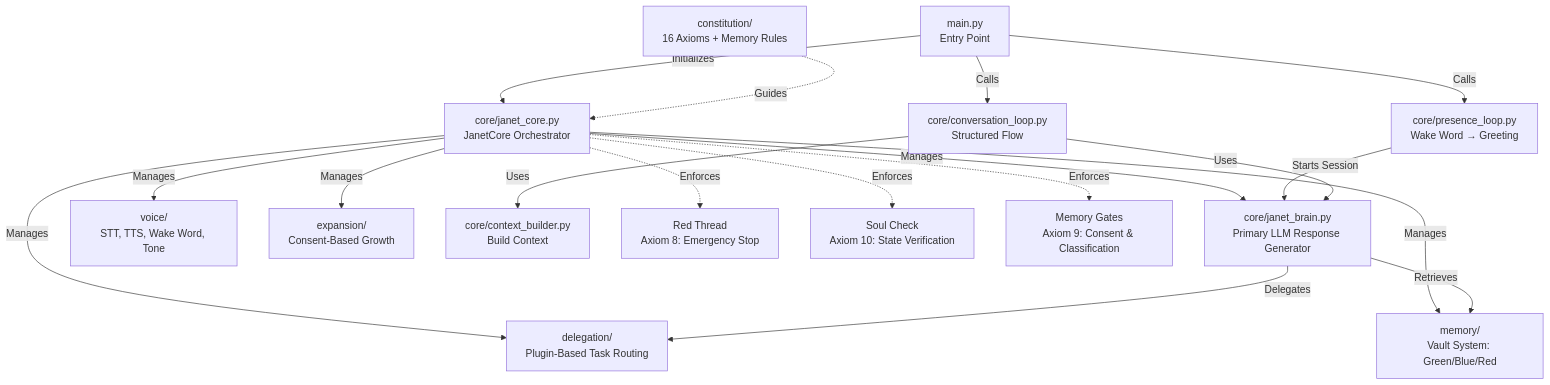
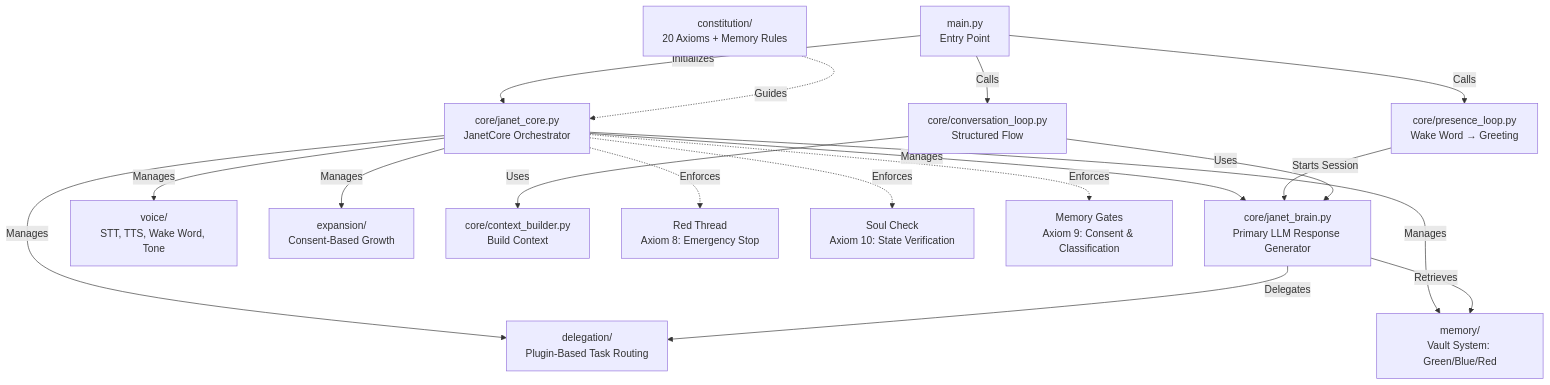
The first of 3 diagrams in README.md (MzxzD/Janet-seed), drawn with Mermaid before and after one commit. The commit also changed other lines of this file and 8 other files, not shown here.

````diff
--- a/README.md
+++ b/README.md
@@ -46,25 +46,25 @@
 ```mermaid
 flowchart TB
     Main[main.py<br/>Entry Point] -->|Initializes| Core[core/janet_core.py<br/>JanetCore Orchestrator]
     Main -->|Calls| Presence[core/presence_loop.py<br/>Wake Word → Greeting]
     Main -->|Calls| Conversation[core/conversation_loop.py<br/>Structured Flow]
     
     Core -->|Manages| JanetBrain[core/janet_brain.py<br/>Primary LLM Response Generator]
     Core -->|Manages| VoiceMod[voice/<br/>STT, TTS, Wake Word, Tone]
     Core -->|Manages| MemoryMod[memory/<br/>Vault System: Green/Blue/Red]
     Core -->|Manages| DelegationMod[delegation/<br/>Plugin-Based Task Routing]
     Core -->|Manages| ExpansionMod[expansion/<br/>Consent-Based Growth]
     
     Presence -->|Starts Session| JanetBrain
     Conversation -->|Uses| JanetBrain
     Conversation -->|Uses| ContextBuilder[core/context_builder.py<br/>Build Context]
     
     JanetBrain -->|Delegates| DelegationMod
     JanetBrain -->|Retrieves| MemoryMod
     
     Core -.->|Enforces| RedThread[Red Thread<br/>Axiom 8: Emergency Stop]
     Core -.->|Enforces| SoulCheck[Soul Check<br/>Axiom 10: State Verification]
     Core -.->|Enforces| MemoryGates[Memory Gates<br/>Axiom 9: Consent & Classification]
     
-    Constitution[constitution/<br/>16 Axioms + Memory Rules] -.->|Guides| Core
+    Constitution[constitution/<br/>20 Axioms + Memory Rules] -.->|Guides| Core
 ```
````
